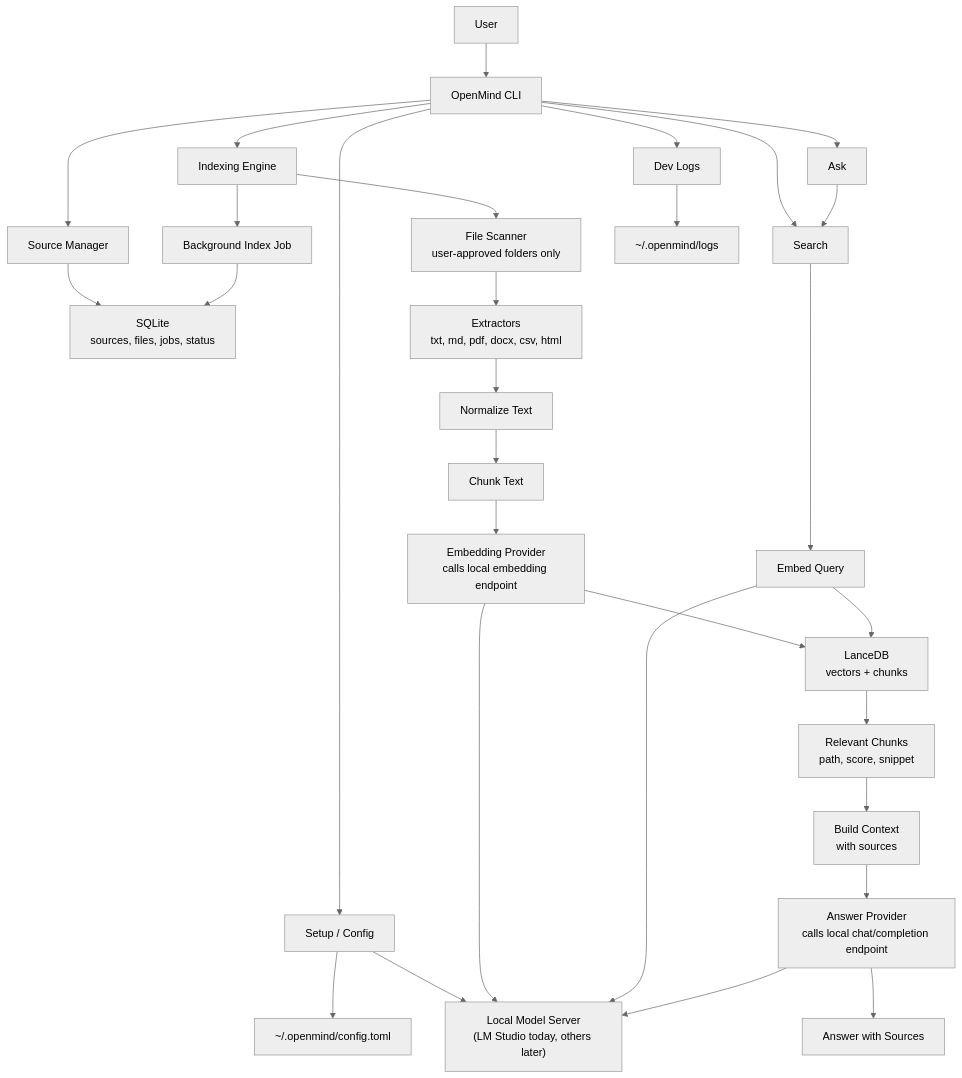
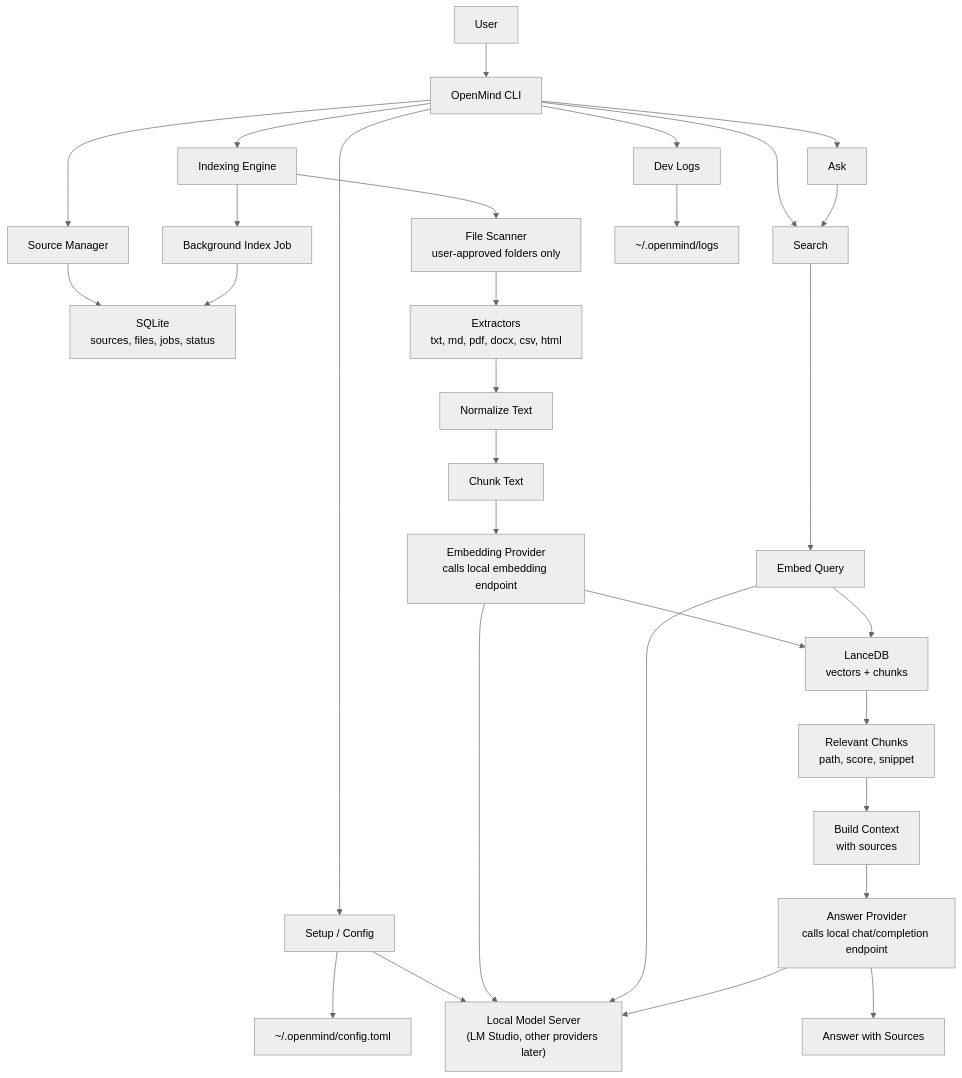
One commit to codewithbro95/openmind changed the diagram in README.md. Above: the diagram before and after it, drawn with Mermaid (neutral theme). The commit also changed other lines of this file and 5 other files, not shown here.

````diff
--- a/README.md
+++ b/README.md
@@ -299,39 +316,39 @@
 ```mermaid
 flowchart TD
     User["User"] --> CLI["OpenMind CLI"]
 
     CLI --> Setup["Setup / Config"]
     CLI --> Sources["Source Manager"]
     CLI --> Indexing["Indexing Engine"]
     CLI --> Search["Search"]
     CLI --> Ask["Ask"]
 
     Setup --> Config["~/.openmind/config.toml"]
-    Setup --> ModelServer["Local Model Server<br/>(LM Studio today, others later)"]
+    Setup --> ModelServer["Local Model Server<br/>(LM Studio, other providers later)"]
 
     Sources --> SQLite["SQLite<br/>sources, files, jobs, status"]
 
     Indexing --> Scanner["File Scanner<br/>user-approved folders only"]
     Scanner --> Extractors["Extractors<br/>txt, md, pdf, docx, csv, html"]
     Extractors --> Normalizer["Normalize Text"]
     Normalizer --> Chunker["Chunk Text"]
     Chunker --> Embeddings["Embedding Provider<br/>calls local embedding endpoint"]
     Embeddings --> ModelServer
     Embeddings --> LanceDB["LanceDB<br/>vectors + chunks"]
 
     Search --> QueryEmbed["Embed Query"]
     QueryEmbed --> ModelServer
     QueryEmbed --> LanceDB
     LanceDB --> Results["Relevant Chunks<br/>path, score, snippet"]
 
     Ask --> Search
     Results --> Context["Build Context<br/>with sources"]
     Context --> AnswerModel["Answer Provider<br/>calls local chat/completion endpoint"]
     AnswerModel --> ModelServer
     AnswerModel --> Answer["Answer with Sources"]
 
     Indexing --> Jobs["Background Index Job"]
     Jobs --> SQLite
     CLI --> Logs["Dev Logs"]
     Logs --> LogFiles["~/.openmind/logs"]
 ```
````
